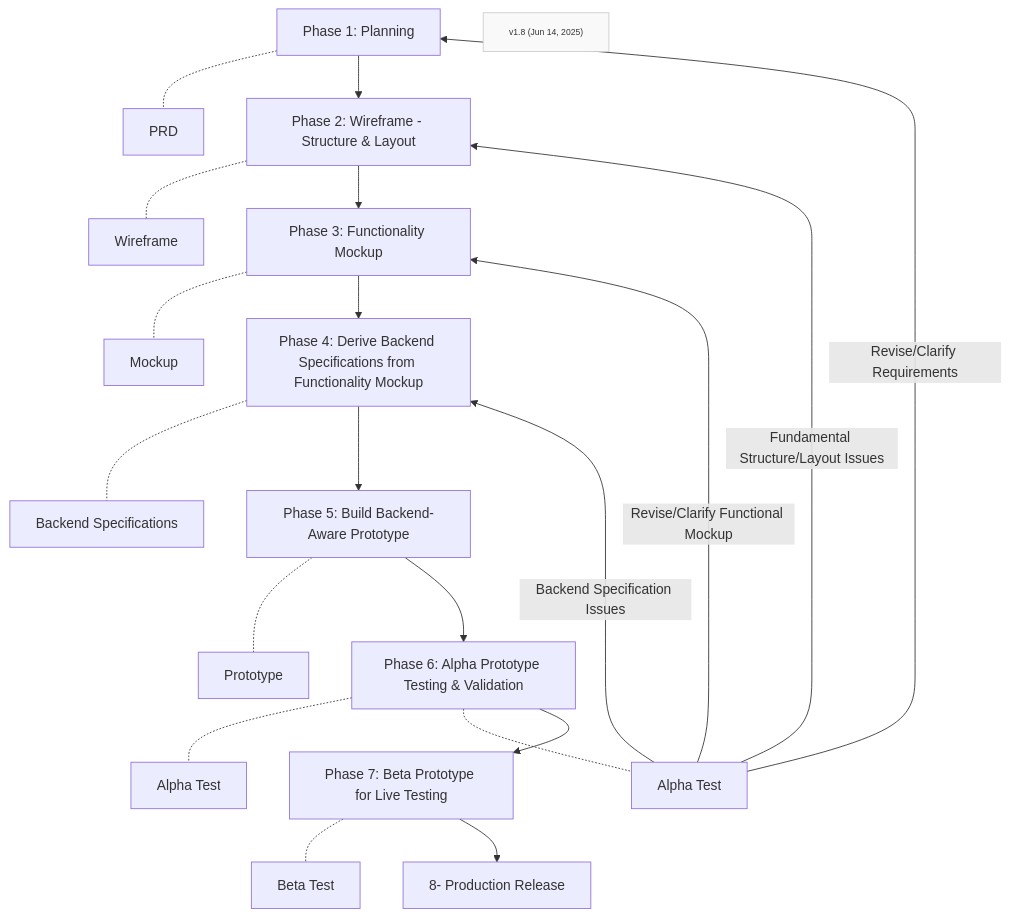
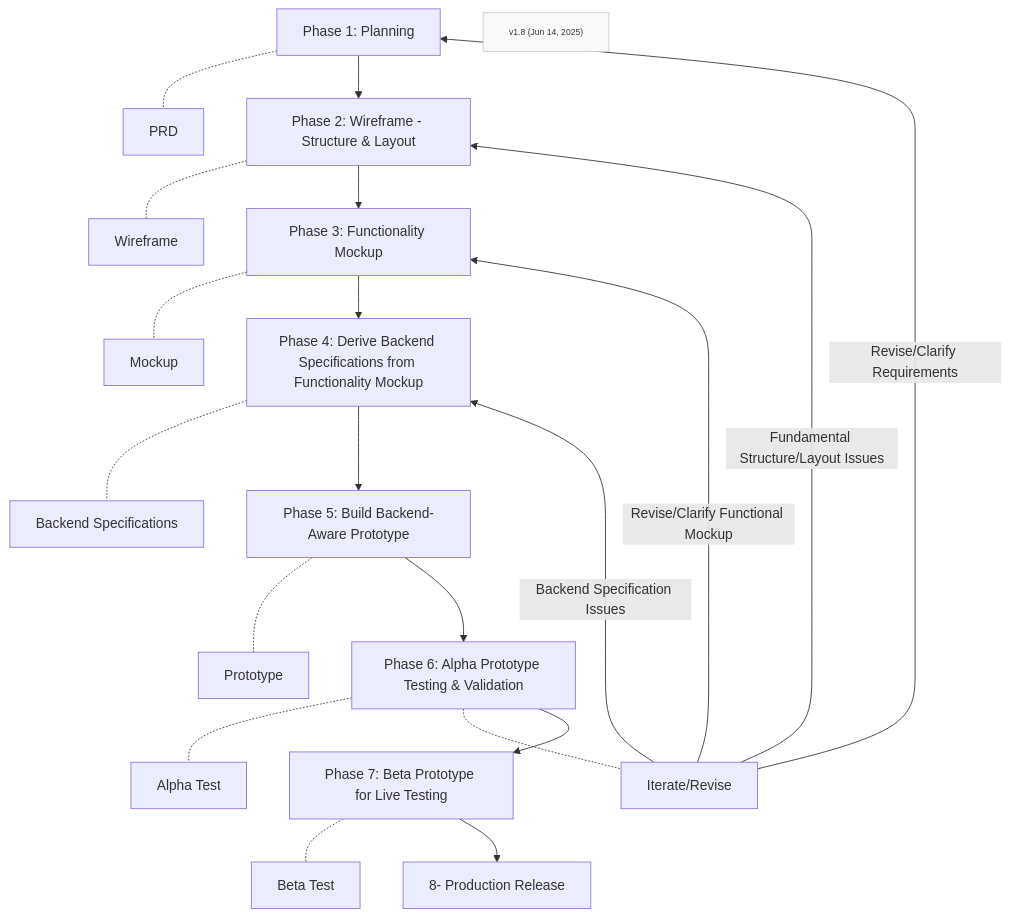
The first of 2 diagrams in Phases/FF-overview.md (Mharbulous/Front-First-Method), drawn with Mermaid before and after one commit.

````diff
--- a/Phases/FF-overview.md
+++ b/Phases/FF-overview.md
@@ -1,30 +1,30 @@
 ```mermaid
 graph TD
     
     Phase1["Phase 1: Planning"] -.- PRD["PRD"]
     Phase1 --> Phase2["Phase 2: Wireframe - Structure & Layout"]
     Phase2 -.- Wireframe["Wireframe"]
     Phase2 --> Phase3["Phase 3: Functionality Mockup"]
     Phase3 -.- Mockup["Mockup"]
     Phase3 --> Phase4["Phase 4: Derive Backend Specifications from Functionality Mockup"]
     Phase4 -.- Specs["Backend Specifications"]
     Phase4 --> Phase5["Phase 5: Build Backend-Aware Prototype"]
     Phase5 -.- Prototype["Prototype"]
     Phase5 --> Phase6["Phase 6: Alpha Prototype Testing & Validation"]
     Phase6 -.- Alpha["Alpha Test"]
-    Phase6 -.- Iterate["Alpha Test"]
+    Phase6 -.- Iterate["Iterate/Revise"]
 
     Phase6 --> Phase7["Phase 7: Beta Prototype for Live Testing"]    
     Phase7 -.- Beta["Beta Test"]  
     Phase7 --> Production["8- Production Release"]
 
     
     Iterate -->|Revise/Clarify Requirements| Phase1
     Iterate -->|Fundamental Structure/Layout Issues| Phase2
     Iterate -->|Revise/Clarify Functional Mockup| Phase3
     Iterate -->|Backend Specification Issues| Phase4       
 
     VersionInfo["v1.8 (Jun 14, 2025)"]
     classDef version fill:#f9f9f9,stroke:#ccc,font-size:10px;
     class VersionInfo version
 ```
````
